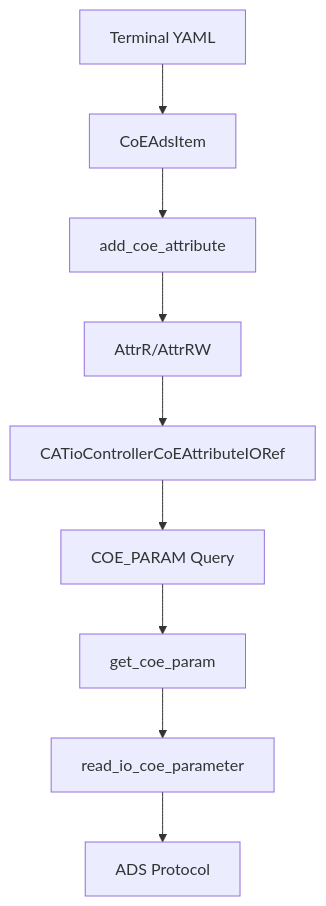
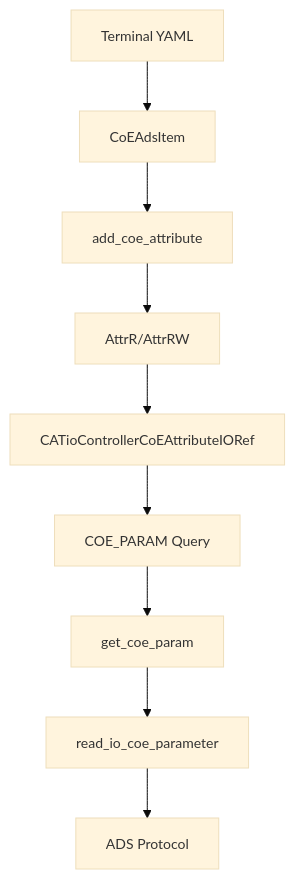
One commit to DiamondLightSource/fastcs-catio changed the diagram in docs/explanations/coe-parameters.md. Above: the diagram before and after it, drawn with Mermaid. The commit also changed 15 other files, not shown here.

````diff
--- a/docs/explanations/coe-parameters.md
+++ b/docs/explanations/coe-parameters.md
@@ -66,11 +66,12 @@
 ```mermaid
+%%{init: {'theme': 'base', 'themeVariables': { 'fontSize': '14px'}}}%%
 flowchart TD
     YAML[Terminal YAML] --> CoEAdsItem
     CoEAdsItem --> add_coe_attribute
     add_coe_attribute --> AttrR/AttrRW
     AttrR/AttrRW --> IORef[CATioControllerCoEAttributeIORef]
     IORef --> Query[COE_PARAM Query]
     Query --> get_coe_param
     get_coe_param --> read_io_coe_parameter
     read_io_coe_parameter --> ADS[ADS Protocol]
 ```
````
